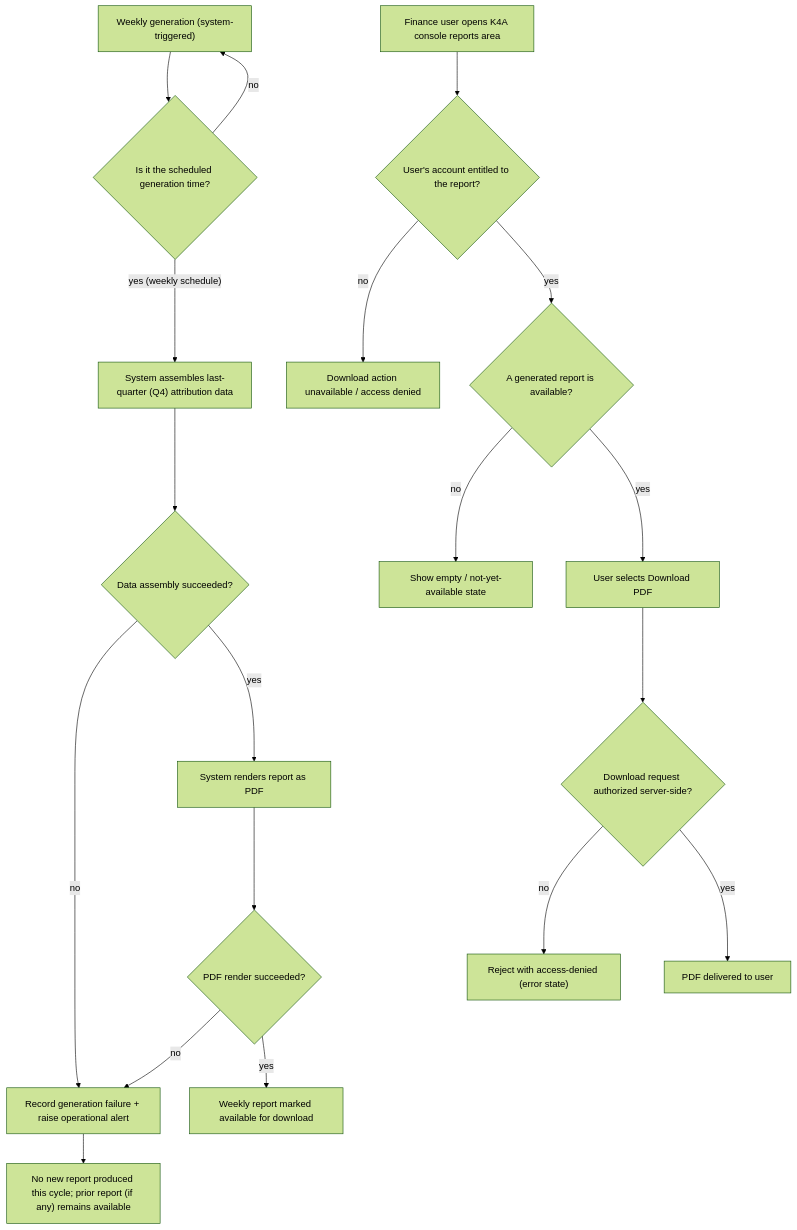
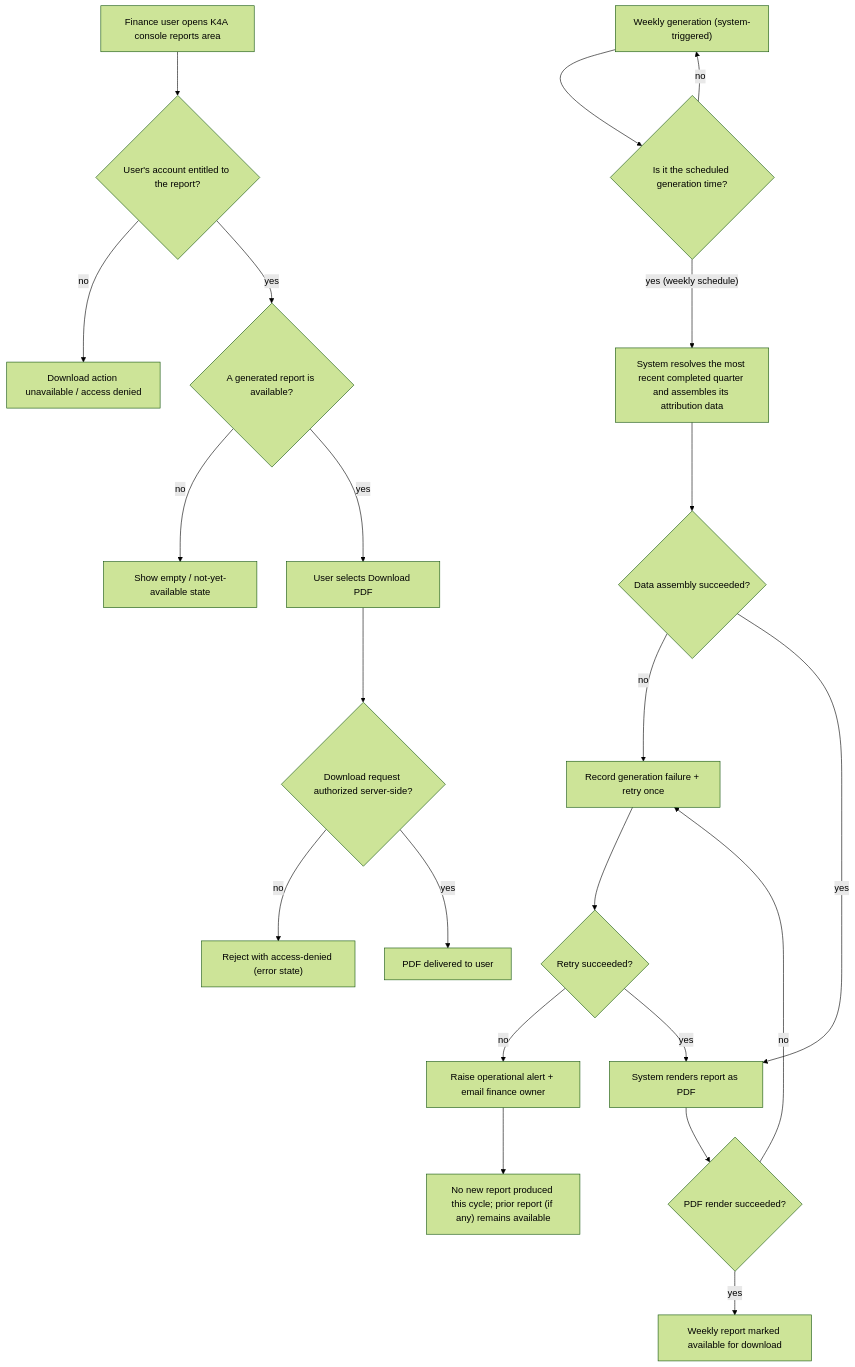
Before and after one commit to mayank-kochava/aisdlc-docs-sandbox: the diagram in docs/16-PRDs/077-k4a-add-weekly-attribution-report-pdf-download/product-spec.md, drawn with Mermaid (forest theme). The commit also changed other lines of this file and 2 other files, not shown here.

````diff
--- a/docs/16-PRDs/077-k4a-add-weekly-attribution-report-pdf-download/product-spec.md
+++ b/docs/16-PRDs/077-k4a-add-weekly-attribution-report-pdf-download/product-spec.md
@@ -33,22 +33,25 @@
 ```mermaid
 flowchart TD
     A["Weekly generation (system-triggered)"] --> B{"Is it the scheduled generation time?"}
-    B -->|"yes (weekly schedule)"| C["System assembles last-quarter (Q4) attribution data"]
+    B -->|"yes (weekly schedule)"| C["System resolves the most recent completed quarter and assembles its attribution data"]
     B -->|"no"| A
     C --> D{"Data assembly succeeded?"}
-    D -->|"no"| E["Record generation failure + raise operational alert"]
-    E --> F["No new report produced this cycle; prior report (if any) remains available"]
+    D -->|"no"| E["Record generation failure + retry once"]
+    E --> E2{"Retry succeeded?"}
+    E2 -->|"no"| E3["Raise operational alert + email finance owner"]
+    E2 -->|"yes"| G
+    E3 --> F["No new report produced this cycle; prior report (if any) remains available"]
     D -->|"yes"| G["System renders report as PDF"]
     G --> H{"PDF render succeeded?"}
     H -->|"no"| E
-    H -->|"yes"| I["Weekly report marked available for download"]
+    H -->|"yes"| I2["Weekly report marked available for download"]
 
     J["Finance user opens K4A console reports area"] --> K{"User's account entitled to the report?"}
     K -->|"no"| L["Download action unavailable / access denied"]
     K -->|"yes"| M{"A generated report is available?"}
     M -->|"no"| N["Show empty / not-yet-available state"]
     M -->|"yes"| O["User selects Download PDF"]
     O --> P{"Download request authorized server-side?"}
     P -->|"no"| Q["Reject with access-denied (error state)"]
     P -->|"yes"| R["PDF delivered to user"]
 ```
````
